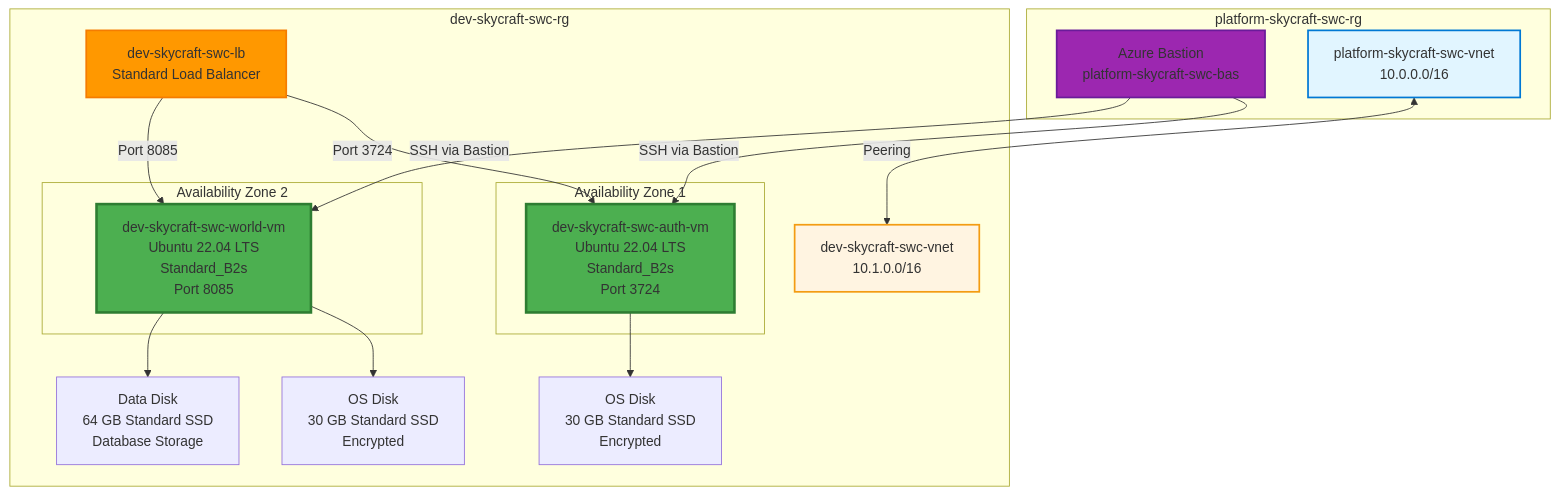
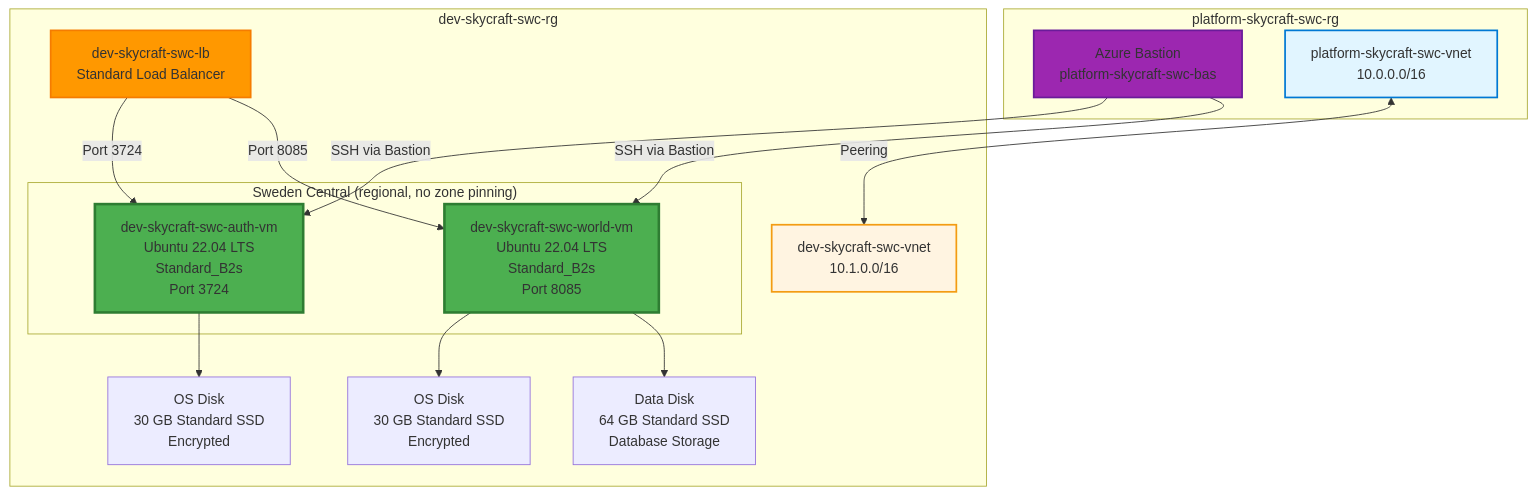
Before and after one commit to mbiszczanik/skycraft: the diagram in module-3-compute/3.2-virtual-machines/lab-guide-3.2.md, drawn with Mermaid. The commit also changed other lines of this file and 1 other file, not shown here.

````diff
--- a/module-3-compute/3.2-virtual-machines/lab-guide-3.2.md
+++ b/module-3-compute/3.2-virtual-machines/lab-guide-3.2.md
@@ -21,44 +21,41 @@
 ```mermaid
 graph TB
     subgraph "platform-skycraft-swc-rg"
         Bastion[Azure Bastion<br/>platform-skycraft-swc-bas]
         HubVNet[platform-skycraft-swc-vnet<br/>10.0.0.0/16]
     end
 
     subgraph "dev-skycraft-swc-rg"
         DevVNet[dev-skycraft-swc-vnet<br/>10.1.0.0/16]
 
-        subgraph "Availability Zone 1"
+        subgraph "Sweden Central (regional, no zone pinning)"
             AuthVM[dev-skycraft-swc-auth-vm<br/>Ubuntu 22.04 LTS<br/>Standard_B2s<br/>Port 3724]
-        end
-
-        subgraph "Availability Zone 2"
             WorldVM[dev-skycraft-swc-world-vm<br/>Ubuntu 22.04 LTS<br/>Standard_B2s<br/>Port 8085]
         end
 
         AuthDisk[OS Disk<br/>30 GB Standard SSD<br/>Encrypted]
         WorldDisk[OS Disk<br/>30 GB Standard SSD<br/>Encrypted]
         DataDisk[Data Disk<br/>64 GB Standard SSD<br/>Database Storage]
 
         DevLB[dev-skycraft-swc-lb<br/>Standard Load Balancer]
     end
 
     Bastion -->|SSH via Bastion| AuthVM
     Bastion -->|SSH via Bastion| WorldVM
 
     HubVNet <-->|Peering| DevVNet
 
     AuthVM --> AuthDisk
     WorldVM --> WorldDisk
     WorldVM --> DataDisk
 
     DevLB -->|Port 3724| AuthVM
     DevLB -->|Port 8085| WorldVM
 
     style Bastion fill:#9C27B0,stroke:#6A1B9A,stroke-width:2px
     style AuthVM fill:#4CAF50,stroke:#2E7D32,stroke-width:3px
     style WorldVM fill:#4CAF50,stroke:#2E7D32,stroke-width:3px
     style DevLB fill:#FF9800,stroke:#F57C00,stroke-width:2px
     style HubVNet fill:#e1f5ff,stroke:#0078d4,stroke-width:2px
     style DevVNet fill:#fff4e1,stroke:#f39c12,stroke-width:2px
 ```
````
